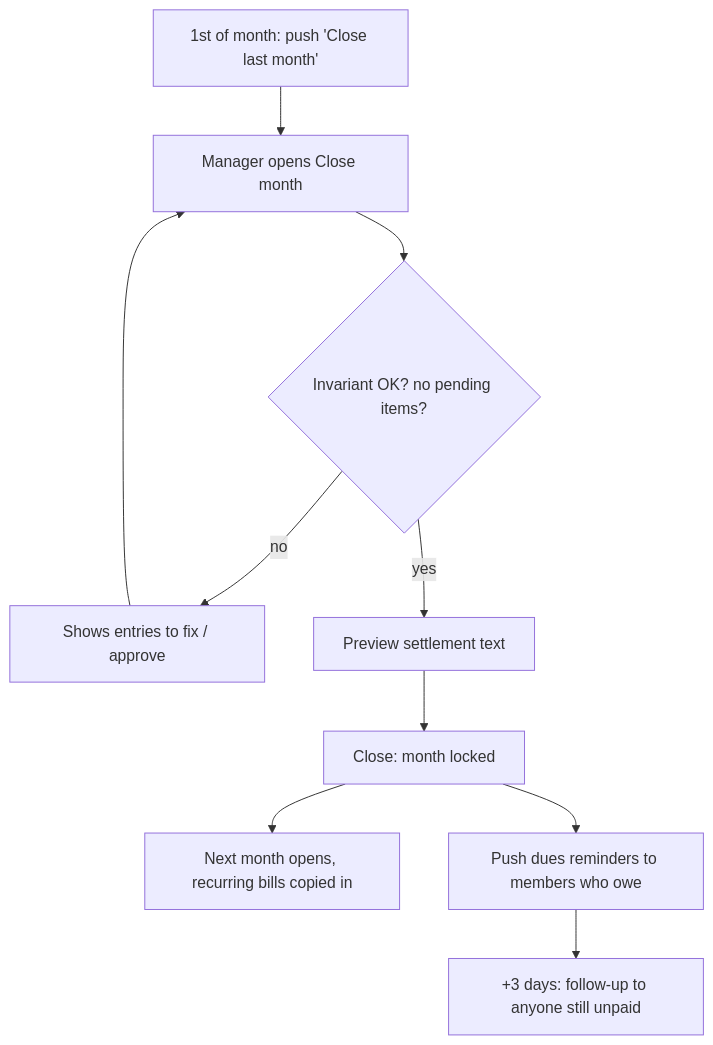
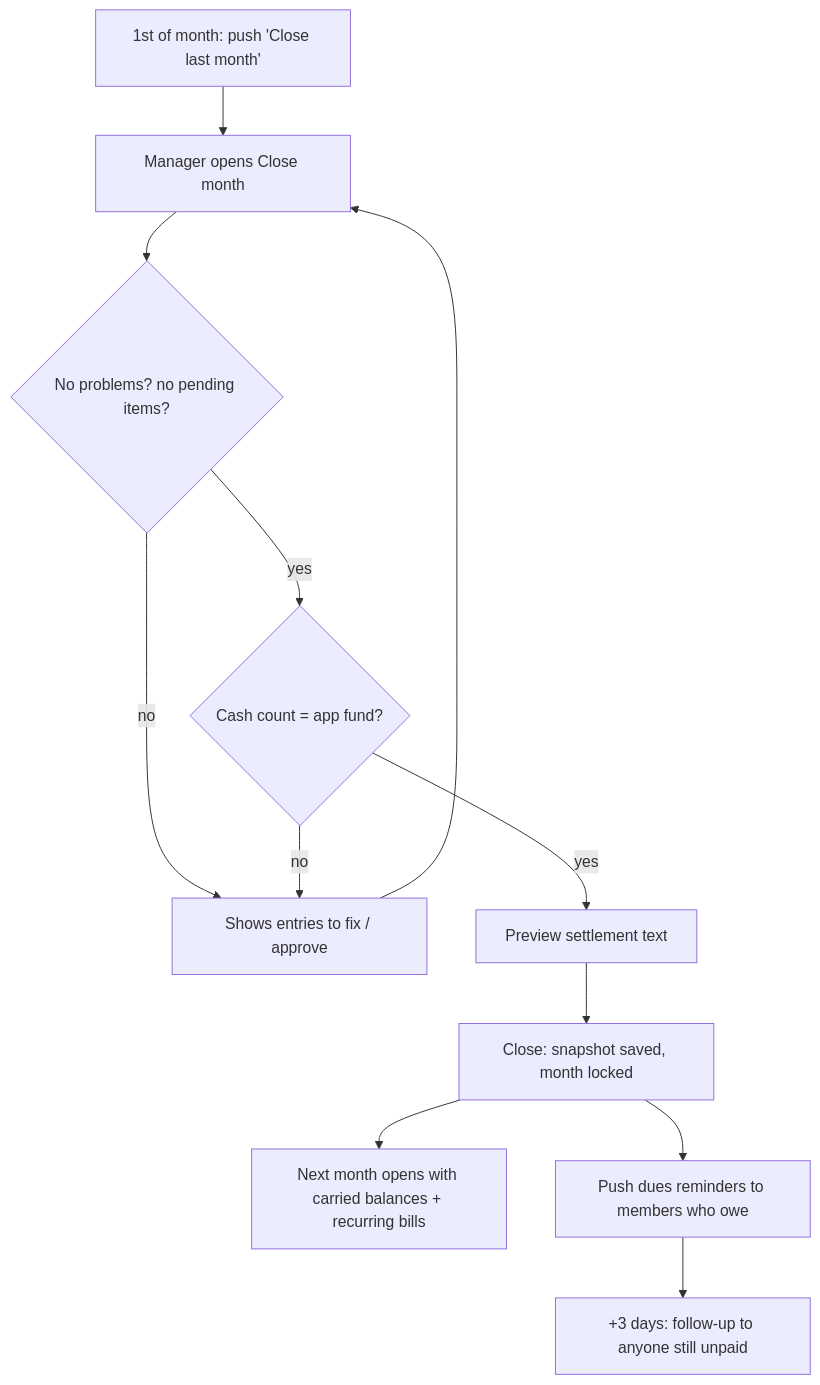
The fourth of 4 diagrams in docs/APP_FLOW.md (07fahim/bashabook), drawn with Mermaid before and after one commit. The commit also changed other lines of this file and 6 other files, not shown here.

Commit message:
fix: apply review findings to schema, engine plan and docs

````diff
--- a/docs/APP_FLOW.md
+++ b/docs/APP_FLOW.md
@@ -65,11 +68,13 @@
 ```mermaid
 flowchart TD
   A[1st of month: push 'Close last month'] --> B[Manager opens Close month]
-  B --> C{Invariant OK? no pending items?}
+  B --> C{No problems? no pending items?}
   C -- no --> D[Shows entries to fix / approve] --> B
-  C -- yes --> E[Preview settlement text]
-  E --> F[Close: month locked]
-  F --> G[Next month opens, recurring bills copied in]
+  C -- yes --> K{Cash count = app fund?}
+  K -- no --> D
+  K -- yes --> E[Preview settlement text]
+  E --> F[Close: snapshot saved, month locked]
+  F --> G[Next month opens with carried balances + recurring bills]
   F --> H[Push dues reminders to members who owe]
   H --> I[+3 days: follow-up to anyone still unpaid]
 ```
````
